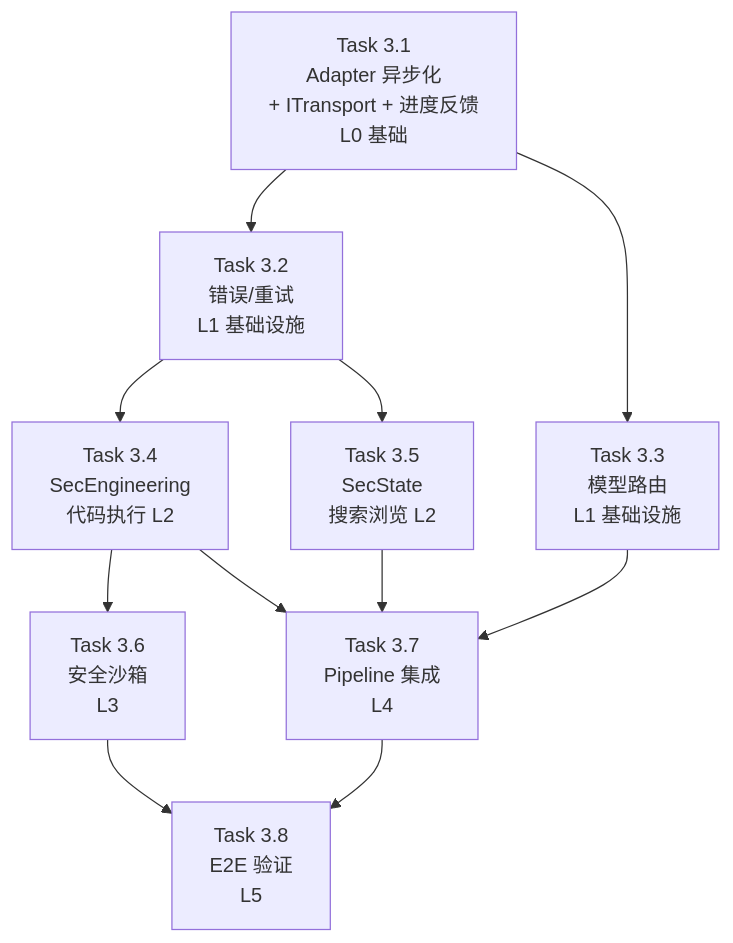
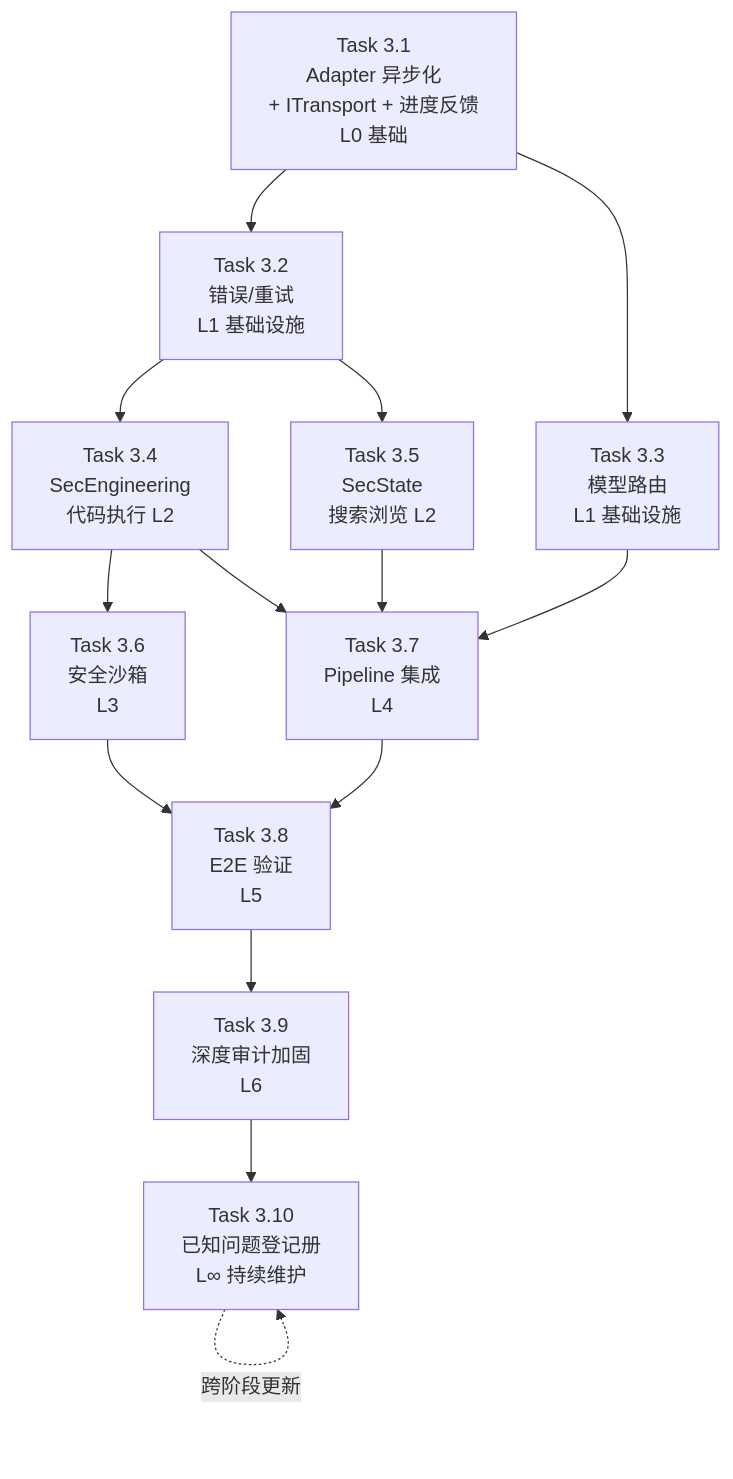
One commit to Junzerg/openclaw_trias changed the diagram in docs/plan_ts/phase3/phase3_planning.md. Above: the diagram before and after it, drawn with Mermaid. The commit also changed other lines of this file and 37 other files, not shown here.

First line of the commit message:
feat(phase3): finalize Phase 3 deep execution integration & architecture hardening

````diff
--- a/docs/plan_ts/phase3/phase3_planning.md
+++ b/docs/plan_ts/phase3/phase3_planning.md
@@ -88,13 +90,16 @@
 ```mermaid
 graph TD
     T31[Task 3.1<br>Adapter 异步化<br>+ ITransport + 进度反馈<br>L0 基础] --> T32[Task 3.2<br>错误/重试<br>L1 基础设施]
     T31 --> T33[Task 3.3<br>模型路由<br>L1 基础设施]
     T32 --> T34[Task 3.4<br>SecEngineering<br>代码执行 L2]
     T32 --> T35[Task 3.5<br>SecState<br>搜索浏览 L2]
     T34 --> T36[Task 3.6<br>安全沙箱<br>L3]
     T34 --> T37[Task 3.7<br>Pipeline 集成<br>L4]
     T35 --> T37
     T33 --> T37
     T36 --> T38[Task 3.8<br>E2E 验证<br>L5]
     T37 --> T38
+    T38 --> T39[Task 3.9<br>深度审计加固<br>L6]
+    T39 --> T310[Task 3.10<br>已知问题登记册<br>L∞ 持续维护]
+    T310 -.->|跨阶段更新| T310
 ```
````
